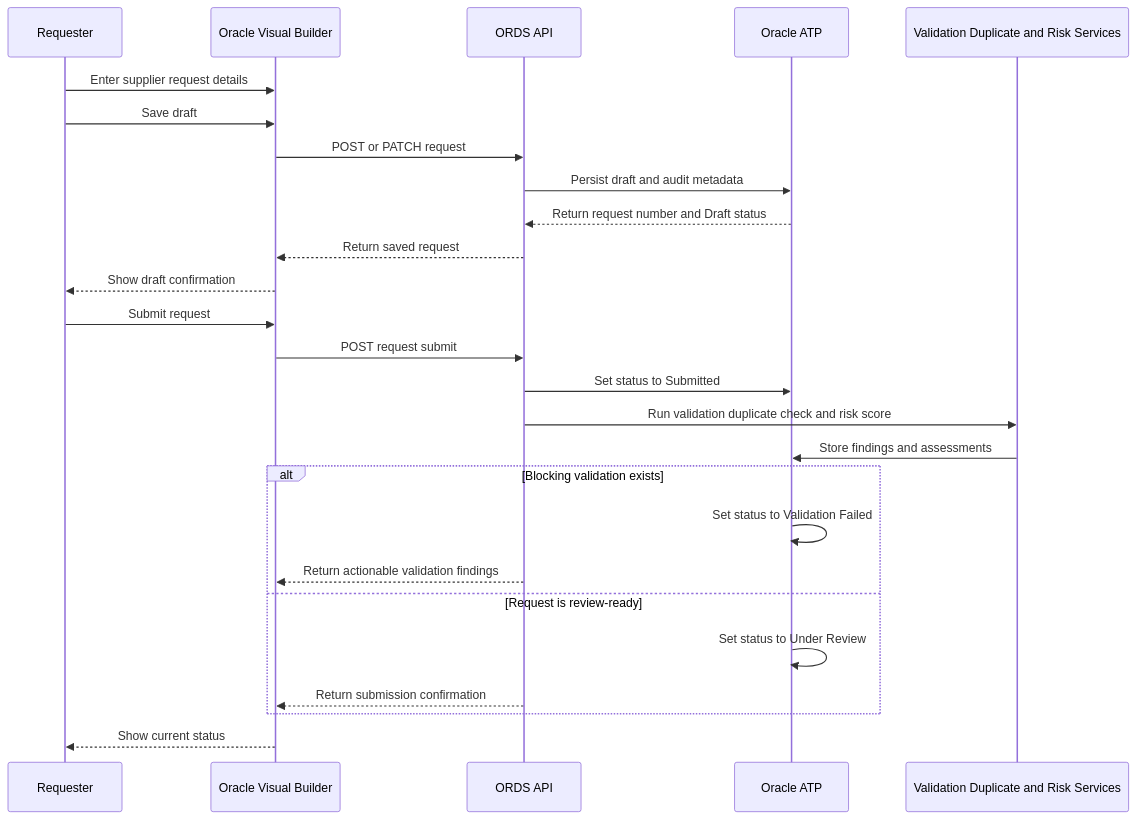
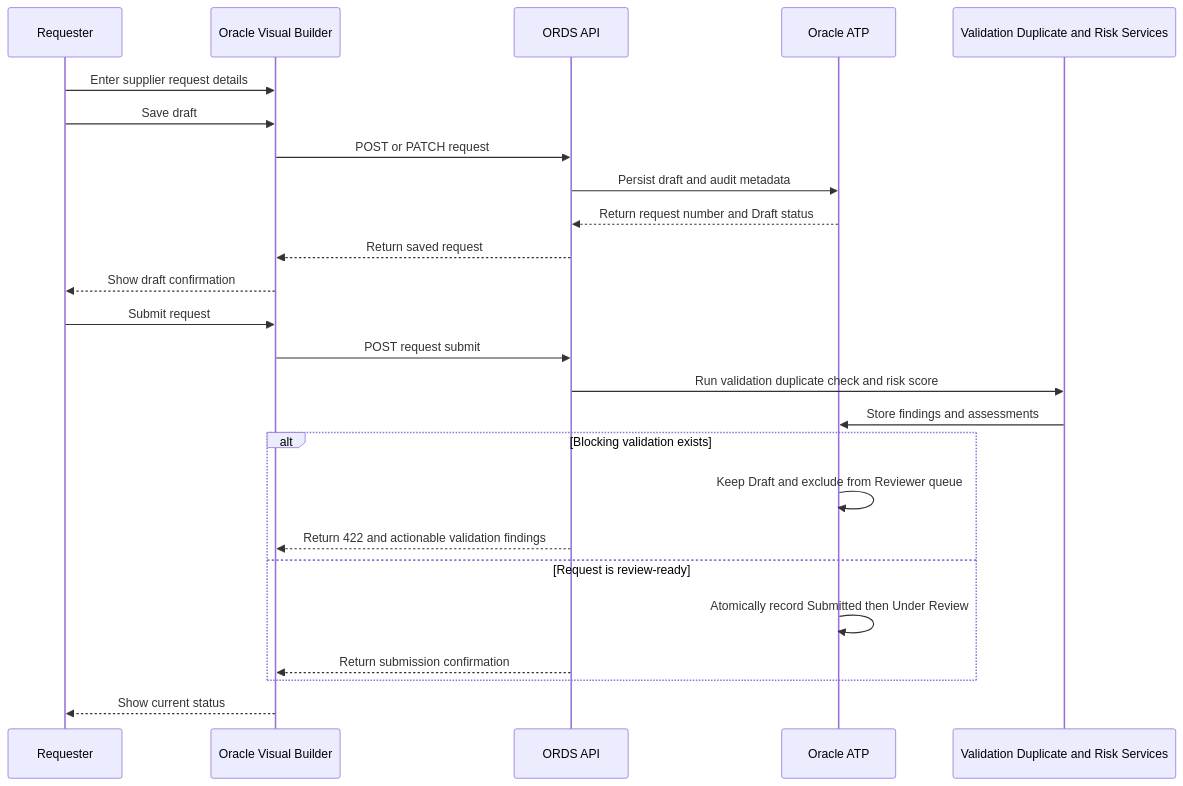
The first of 14 diagrams in aidlc-docs/inception/user-stories/sequence-diagrams.md (abdullahsohaill/erp-supplier-onboarding), drawn with Mermaid before and after one commit. The commit also changed other lines of this file and 6 other files, not shown here.

Commit message:
Align requirements and stories with finalized schema

````diff
--- a/aidlc-docs/inception/user-stories/sequence-diagrams.md
+++ b/aidlc-docs/inception/user-stories/sequence-diagrams.md
@@ -19,28 +19,27 @@
 ```mermaid
 sequenceDiagram
     participant Requester
     participant VB as Oracle Visual Builder
     participant ORDS as ORDS API
     participant ATP as Oracle ATP
     participant Rules as Validation Duplicate and Risk Services
     Requester->>VB: Enter supplier request details
     Requester->>VB: Save draft
     VB->>ORDS: POST or PATCH request
     ORDS->>ATP: Persist draft and audit metadata
     ATP-->>ORDS: Return request number and Draft status
     ORDS-->>VB: Return saved request
     VB-->>Requester: Show draft confirmation
     Requester->>VB: Submit request
     VB->>ORDS: POST request submit
-    ORDS->>ATP: Set status to Submitted
     ORDS->>Rules: Run validation duplicate check and risk score
     Rules->>ATP: Store findings and assessments
     alt Blocking validation exists
-        ATP->>ATP: Set status to Validation Failed
-        ORDS-->>VB: Return actionable validation findings
+        ATP->>ATP: Keep Draft and exclude from Reviewer queue
+        ORDS-->>VB: Return 422 and actionable validation findings
     else Request is review-ready
-        ATP->>ATP: Set status to Under Review
+        ATP->>ATP: Atomically record Submitted then Under Review
         ORDS-->>VB: Return submission confirmation
     end
     VB-->>Requester: Show current status
 ```
````
